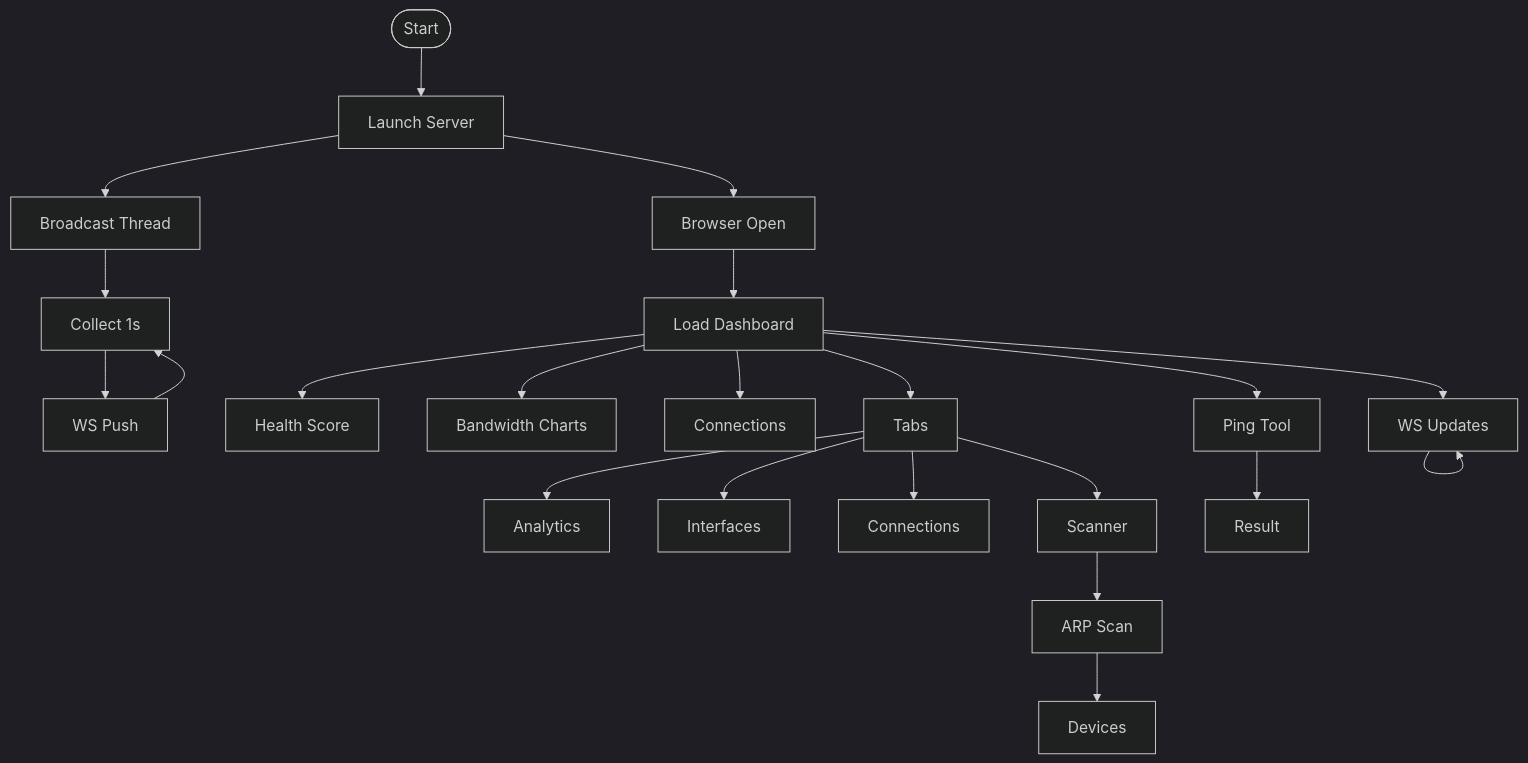
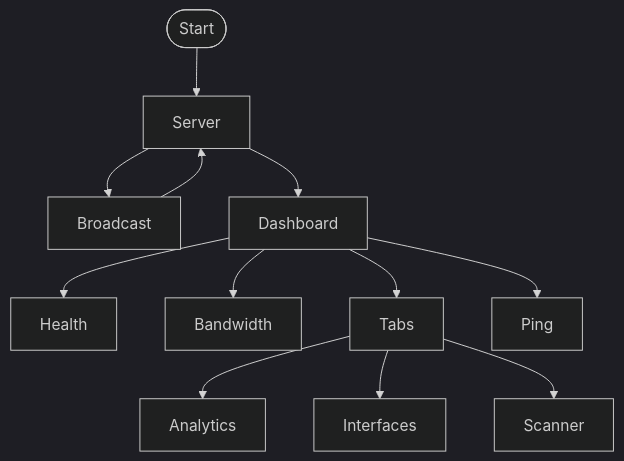
The second of 4 diagrams in docs/submission.md (envsecure/network_project), drawn with Mermaid (dark theme) before and after one commit.

````diff
--- a/docs/submission.md
+++ b/docs/submission.md
@@ -102,24 +102,14 @@
 ```mermaid
 graph TD
-    S([Start]) --> A[Launch Server]
-    A --> B[Broadcast Thread]
-    B --> C[Collect 1s]
-    C --> D[WS Push]
-    D --> C
-    A --> E[Browser Open]
-    E --> F[Load Dashboard]
-    F --> G[Health Score]
-    F --> H[Bandwidth Charts]
-    F --> I[Connections]
-    F --> J[Tabs]
-    J --> K[Analytics]
-    J --> L[Interfaces]
-    J --> M[Connections]
-    J --> N[Scanner]
-    N --> O[ARP Scan]
-    O --> P[Devices]
-    F --> Q[Ping Tool]
-    Q --> R[Result]
-    F --> S1[WS Updates]
-    S1 --> S1
+    S([Start]) --> A[Server]
+    A --> B[Broadcast]
+    B --> A
+    A --> D[Dashboard]
+    D --> E[Health]
+    D --> F[Bandwidth]
+    D --> G[Tabs]
+    G --> H[Analytics]
+    G --> I[Interfaces]
+    G --> J[Scanner]
+    D --> K[Ping]
 ```
````
